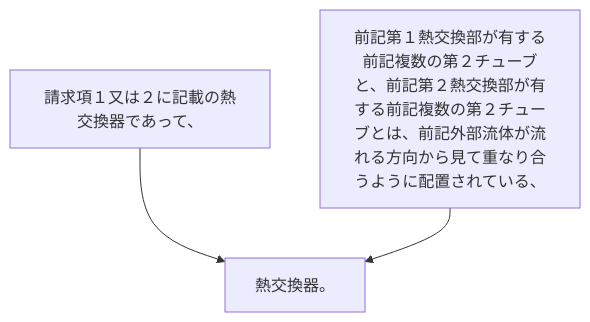
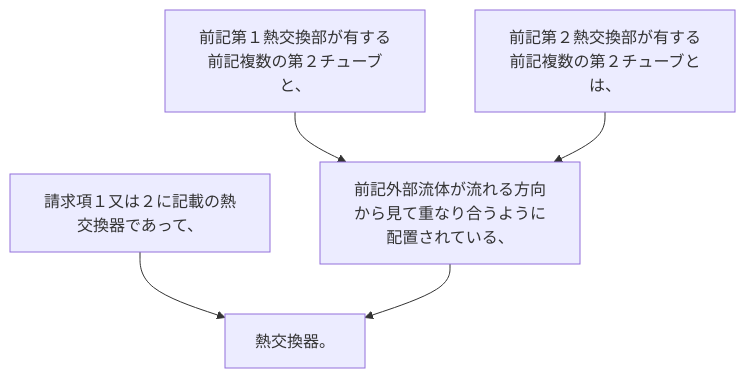
One commit to shinmori55/patent_analyzed changed the diagram in 2024/JP2024007944A/claim_6/README.md. Above: the diagram before and after it, drawn with Mermaid. The commit also changed 336 other files, not shown here.

````diff
--- a/2024/JP2024007944A/claim_6/README.md
+++ b/2024/JP2024007944A/claim_6/README.md
@@ -3,8 +3,12 @@
 ```mermaid
 flowchart TD
 A[請求項１又は２に記載の熱交換器であって、]
-B[前記第１熱交換部が有する前記複数の第２チューブと、前記第２熱交換部が有する前記複数の第２チューブとは、前記外部流体が流れる方向から見て重なり合うように配置されている、]
-C[熱交換器。]
-A --> C
-B --> C
+B[前記第１熱交換部が有する前記複数の第２チューブと、]
+C[前記第２熱交換部が有する前記複数の第２チューブとは、]
+D[前記外部流体が流れる方向から見て重なり合うように配置されている、]
+E[熱交換器。]
+A --> E
+B --> D
+C --> D
+D --> E
 ```
````
